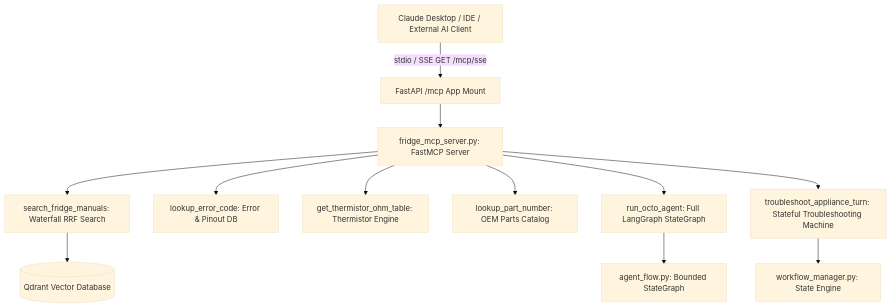
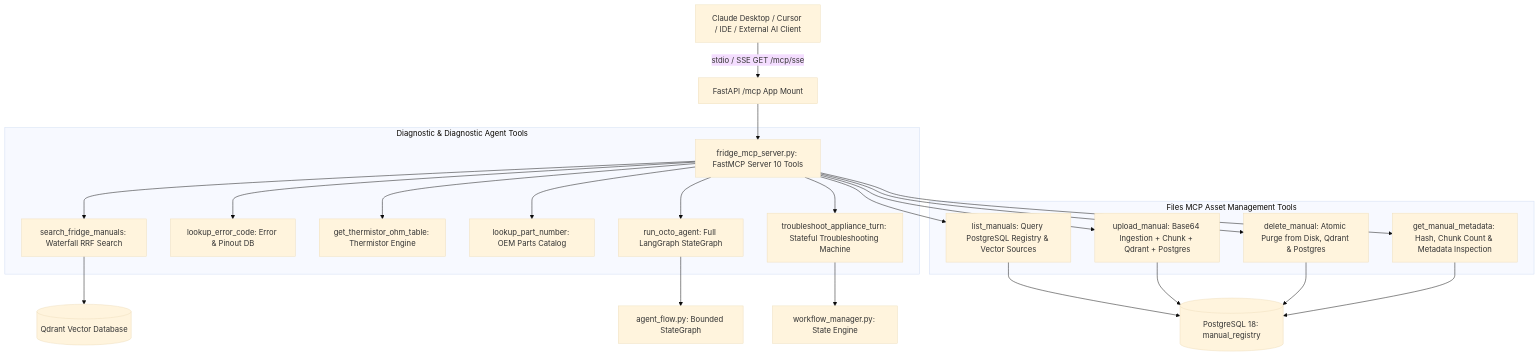
Before and after one commit to Santhosh-p653/rag-multimodal-assistant: the fifth of 8 diagrams in architecture.md, drawn with Mermaid (base theme). The commit also changed other lines of this file and 5 other files, not shown here.

````diff
--- a/architecture.md
+++ b/architecture.md
@@ -197,16 +199,29 @@
 ```mermaid
 graph TD
-    ExtClient[Claude Desktop / IDE / External AI Client] -->|stdio / SSE GET /mcp/sse| MCPEntry[FastAPI /mcp App Mount]
-    MCPEntry --> FastMCPServer[fridge_mcp_server.py: FastMCP Server]
+    ExtClient[Claude Desktop / Cursor / IDE / External AI Client] -->|stdio / SSE GET /mcp/sse| MCPEntry[FastAPI /mcp App Mount]
+    MCPEntry --> FastMCPServer[fridge_mcp_server.py: FastMCP Server 10 Tools]
     
-    FastMCPServer --> Tool1[search_fridge_manuals: Waterfall RRF Search]
-    FastMCPServer --> Tool2[lookup_error_code: Error & Pinout DB]
-    FastMCPServer --> Tool3[get_thermistor_ohm_table: Thermistor Engine]
-    FastMCPServer --> Tool4[lookup_part_number: OEM Parts Catalog]
-    FastMCPServer --> Tool5[run_octo_agent: Full LangGraph StateGraph]
-    FastMCPServer --> Tool6[troubleshoot_appliance_turn: Stateful Troubleshooting Machine]
+    subgraph Diagnostic & Diagnostic Agent Tools
+        FastMCPServer --> Tool1[search_fridge_manuals: Waterfall RRF Search]
+        FastMCPServer --> Tool2[lookup_error_code: Error & Pinout DB]
+        FastMCPServer --> Tool3[get_thermistor_ohm_table: Thermistor Engine]
+        FastMCPServer --> Tool4[lookup_part_number: OEM Parts Catalog]
+        FastMCPServer --> Tool5[run_octo_agent: Full LangGraph StateGraph]
+        FastMCPServer --> Tool6[troubleshoot_appliance_turn: Stateful Troubleshooting Machine]
+    end
+
+    subgraph Files MCP Asset Management Tools
+        FastMCPServer --> Tool7[list_manuals: Query PostgreSQL Registry & Vector Sources]
+        FastMCPServer --> Tool8[upload_manual: Base64 Ingestion + Chunk + Qdrant + Postgres]
+        FastMCPServer --> Tool9[delete_manual: Atomic Purge from Disk, Qdrant & Postgres]
+        FastMCPServer --> Tool10[get_manual_metadata: Hash, Chunk Count & Metadata Inspection]
+    end
     
     Tool1 --> QdrantDB[(Qdrant Vector Database)]
     Tool5 --> LangGraphEngine[agent_flow.py: Bounded StateGraph]
     Tool6 --> TroubleshootingEngine[workflow_manager.py: State Engine]
+    Tool7 --> PostgresDB[(PostgreSQL 18: manual_registry)]
+    Tool8 --> PostgresDB
+    Tool9 --> PostgresDB
+    Tool10 --> PostgresDB
 ```
````
